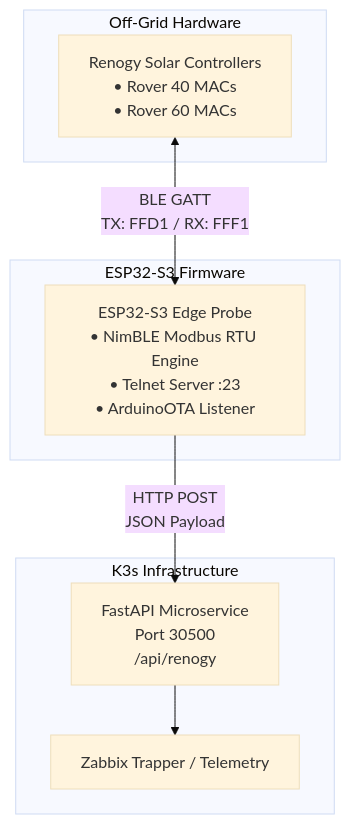
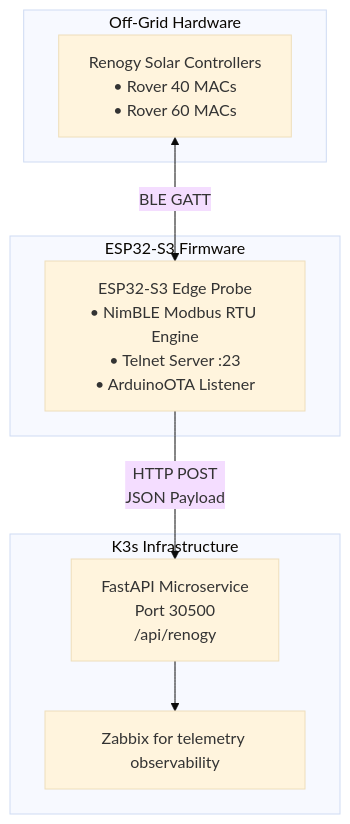
Before and after one commit to vinas1/solar-microservice: the diagram in README.md, drawn with Mermaid (base theme). The commit also changed other lines of this file, not shown here.

````diff
--- a/README.md
+++ b/README.md
@@ -79,19 +77,19 @@
 ```mermaid
 flowchart TD
     subgraph Controllers [Off-Grid Hardware]
-        RC[Renogy Solar Controllers<br/>• Rover 40 MACs<br/>• Rover 60 MACs]
+        RC[Renogy Solar Controllers<br/>• Rover 40 MACs<br/>• Rover 60 MACs]  
     end
 
     subgraph Probe [ESP32-S3 Firmware]
-        EP[ESP32-S3 Edge Probe<br/>• NimBLE Modbus RTU Engine<br/>• Telnet Server :23<br/>• ArduinoOTA Listener]
+        EP[ESP32-S3 Edge Probe<br/>• NimBLE Modbus RTU Engine<br/>• Telnet Server :23<br/>• ArduinoOTA Listener]  
     end
 
     subgraph Cluster [K3s Infrastructure]
         API[FastAPI Microservice<br/>Port 30500<br/>/api/renogy]
-        ZAB[Zabbix Trapper / Telemetry]
+        ZAB[Zabbix for telemetry observability]
     end
 
-    RC <-->|BLE GATT<br/>TX: FFD1 / RX: FFF1| EP
+    RC <-->|BLE GATT| EP
     EP -->|HTTP POST<br/>JSON Payload| API
     API --> ZAB
 ```
````
